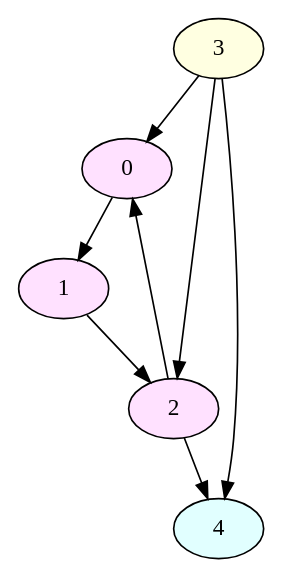
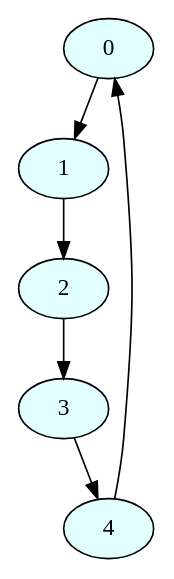
Before and after one commit to sunRainPenguin/SCC: the diagram in Graphviz/Graphviz/SCCDot.dot, drawn with Graphviz. The commit also changed 15 other files, not shown here.

```diff
--- a/Graphviz/Graphviz/SCCDot.dot
+++ b/Graphviz/Graphviz/SCCDot.dot
@@ -1,15 +1,12 @@
 digraph srcPic{
 0->1 
 1->2 
-2->0 
-2->4 
-3->0 
-3->2 
+2->3 
 3->4 
-4 
+4->0 
 4[ fillcolor="#e1ffff",style=filled]
-2[ fillcolor="#ffe1ff",style=filled]
-1[ fillcolor="#ffe1ff",style=filled]
-0[ fillcolor="#ffe1ff",style=filled]
-3[ fillcolor="#ffffe1",style=filled]
+3[ fillcolor="#e1ffff",style=filled]
+2[ fillcolor="#e1ffff",style=filled]
+1[ fillcolor="#e1ffff",style=filled]
+0[ fillcolor="#e1ffff",style=filled]
 }
```
